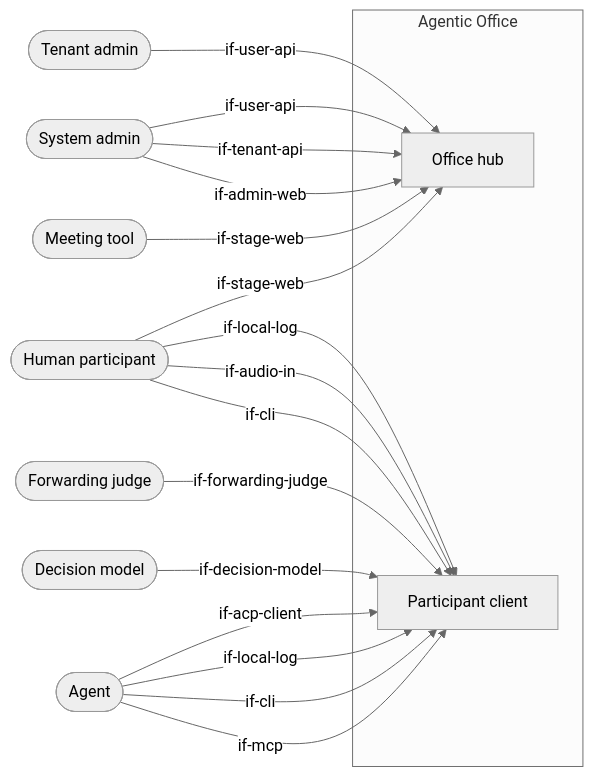
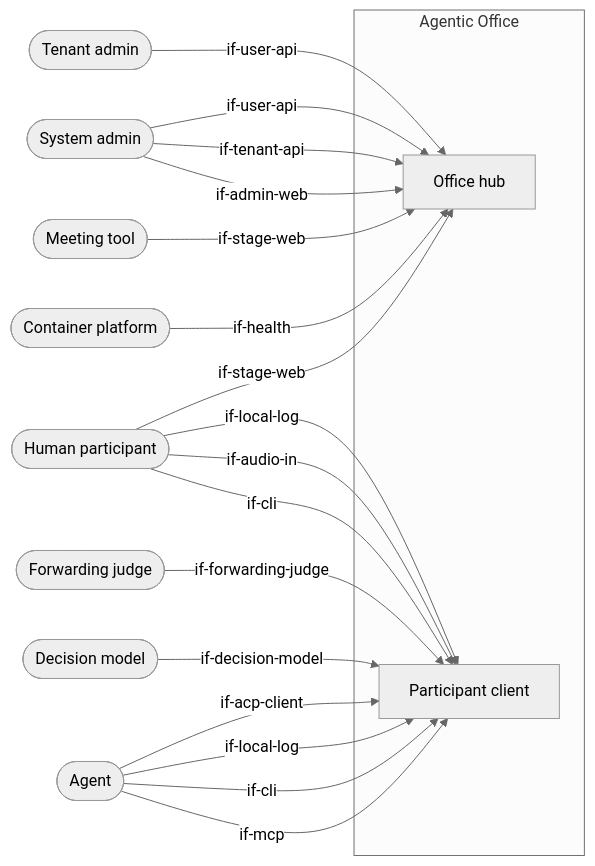
Before and after one commit to mrsimpson/agentic-office: the diagram in docs/architecture/03-system-context.arc42.md, drawn with Mermaid (neutral theme). The commit also changed other lines of this file and 5 other files, not shown here.

First line of the commit message:
feat(hub): add GET /healthz for container probes (#128)

````diff
--- a/docs/architecture/03-system-context.arc42.md
+++ b/docs/architecture/03-system-context.arc42.md
@@ -20,29 +20,31 @@
 ```mermaid
 flowchart LR
     actor_agent([Agent])
+    actor_container_platform([Container platform])
     actor_decision_model([Decision model])
     actor_forwarding_judge([Forwarding judge])
     actor_human([Human participant])
     actor_meeting_tool([Meeting tool])
     actor_system_admin([System admin])
     actor_tenant_admin([Tenant admin])
     subgraph office [Agentic Office]
         bb_office_hub[Office hub]
         bb_participant_client[Participant client]
     end
     actor_agent -->|if-mcp| bb_participant_client
     actor_agent -->|if-cli| bb_participant_client
     actor_agent -->|if-local-log| bb_participant_client
     actor_agent -->|if-acp-client| bb_participant_client
+    actor_container_platform -->|if-health| bb_office_hub
     actor_decision_model -->|if-decision-model| bb_participant_client
     actor_forwarding_judge -->|if-forwarding-judge| bb_participant_client
     actor_human -->|if-cli| bb_participant_client
     actor_human -->|if-audio-in| bb_participant_client
     actor_human -->|if-local-log| bb_participant_client
     actor_human -->|if-stage-web| bb_office_hub
     actor_meeting_tool -->|if-stage-web| bb_office_hub
     actor_system_admin -->|if-admin-web| bb_office_hub
     actor_system_admin -->|if-tenant-api| bb_office_hub
     actor_system_admin -->|if-user-api| bb_office_hub
     actor_tenant_admin -->|if-user-api| bb_office_hub
 ```
````
